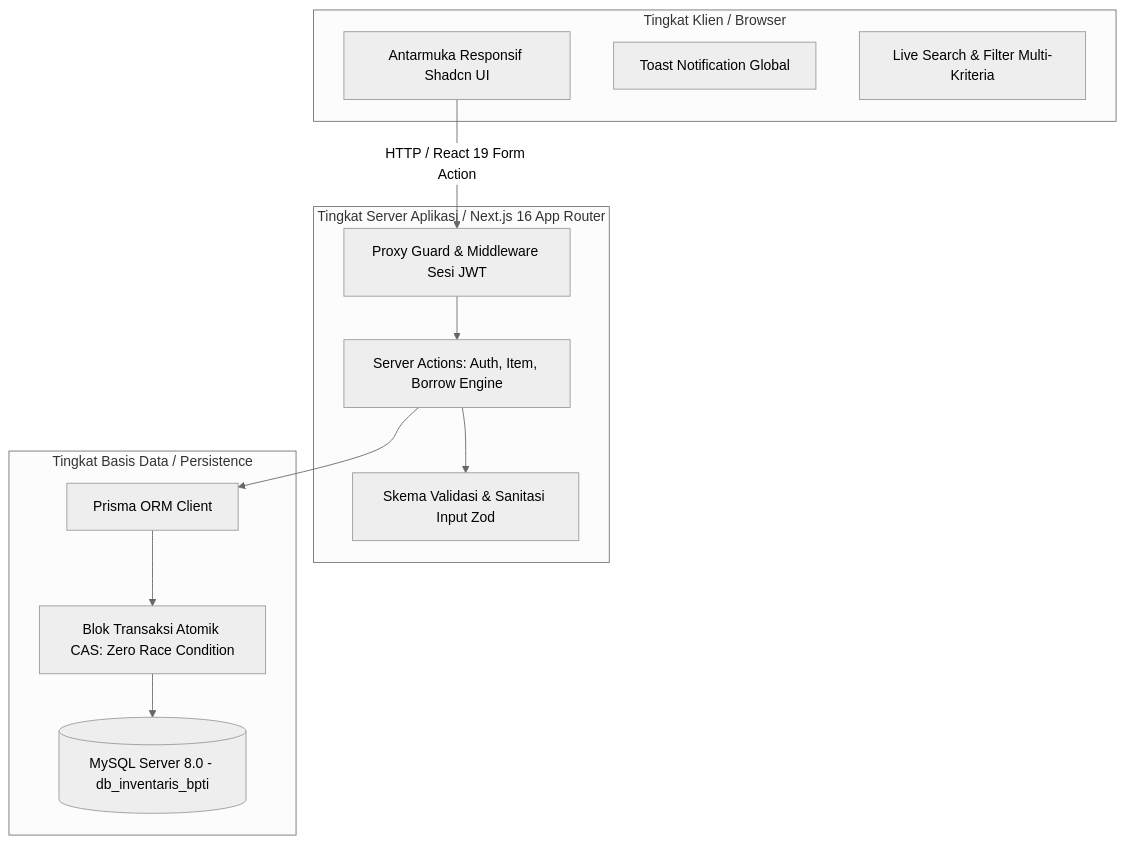
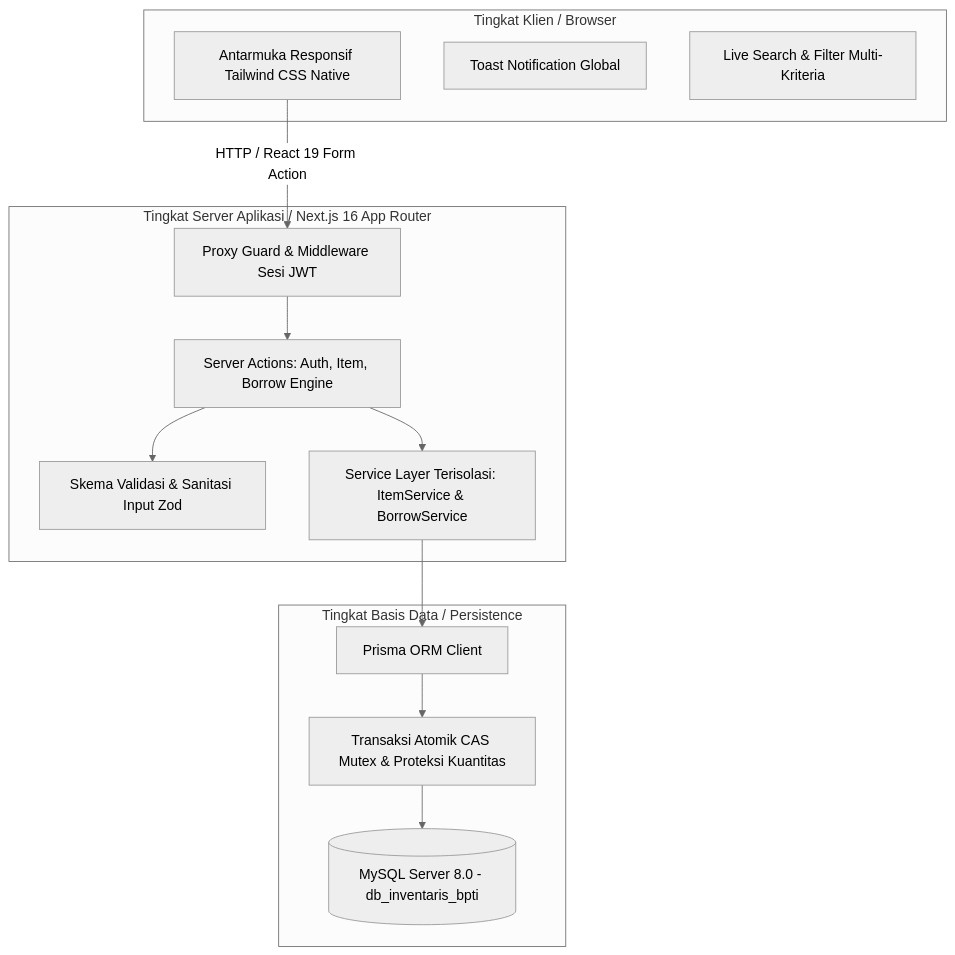
Before and after one commit to Imam-Maula/bpti-project-inventaris: the first of 2 diagrams in README.md, drawn with Mermaid (neutral theme). The commit also changed other lines of this file and 43 other files, not shown here.

````diff
--- a/README.md
+++ b/README.md
@@ -19,27 +19,29 @@
 ```mermaid
 graph TD
     subgraph Client [Tingkat Klien / Browser]
-        UI[Antarmuka Responsif Shadcn UI]
+        UI[Antarmuka Responsif Tailwind CSS Native]
         Toast[Toast Notification Global]
         Search[Live Search & Filter Multi-Kriteria]
     end
 
     subgraph AppServer [Tingkat Server Aplikasi / Next.js 16 App Router]
         Proxy[Proxy Guard & Middleware Sesi JWT]
         Actions[Server Actions: Auth, Item, Borrow Engine]
         Zod[Skema Validasi & Sanitasi Input Zod]
+        Services[Service Layer Terisolasi: ItemService & BorrowService]
     end
 
     subgraph DataTier [Tingkat Basis Data / Persistence]
         Prisma[Prisma ORM Client]
         MySQL[(MySQL Server 8.0 - db_inventaris_bpti)]
-        ACID[Blok Transaksi Atomik CAS: Zero Race Condition]
+        ACID[Transaksi Atomik CAS Mutex & Proteksi Kuantitas]
     end
 
     UI -->|HTTP / React 19 Form Action| Proxy
     Proxy --> Actions
     Actions --> Zod
-    Actions --> Prisma
+    Actions --> Services
+    Services --> Prisma
     Prisma --> ACID
     ACID --> MySQL
 ```
````
